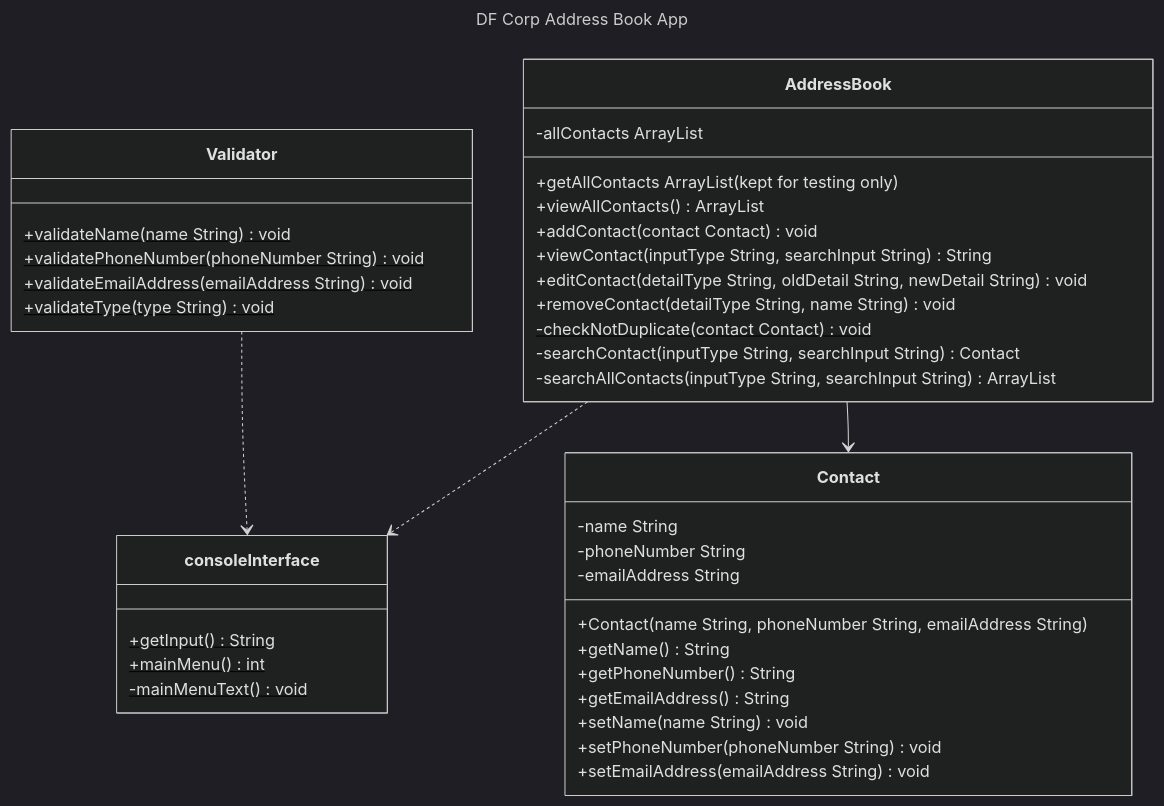
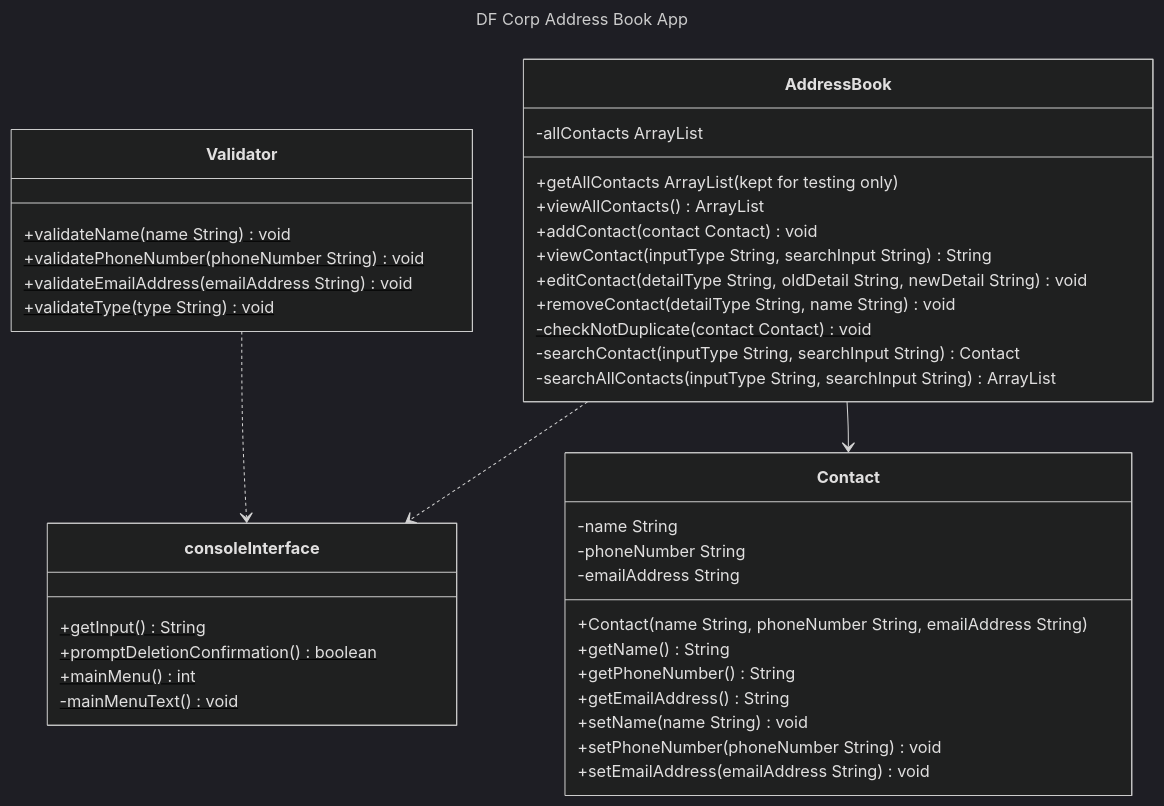
Before and after one commit to kristy-lam/df-challenge-3-address-book: the diagram in docs/class-diagrams-test-plan.md, drawn with Mermaid (dark theme). The commit also changed other lines of this file and 11 other files, not shown here.

````diff
--- a/docs/class-diagrams-test-plan.md
+++ b/docs/class-diagrams-test-plan.md
@@ -11,47 +11,48 @@
 ```mermaid
 ---
 title: DF Corp Address Book App
 ---
 classDiagram
         
     class Contact {
         -name String
         -phoneNumber String
         -emailAddress String
         +Contact(name String, phoneNumber String, emailAddress String)
         +getName() String
         +getPhoneNumber() String
         +getEmailAddress() String
         +setName(name String) void
         +setPhoneNumber(phoneNumber String) void
         +setEmailAddress(emailAddress String) void
     }
     class Validator {
         +validateName(name String) void$
         +validatePhoneNumber(phoneNumber String) void$
         +validateEmailAddress(emailAddress String) void$
         +validateType(type String) void$    }
     
     class AddressBook {   
         -allContacts ArrayList
         +getAllContacts ArrayList<Contact> (kept for testing only)
         +viewAllContacts() ArrayList<Contact>
         +addContact(contact Contact) void   
         +viewContact(inputType String, searchInput String) String
         +editContact(detailType String, oldDetail String, newDetail String) void
         +removeContact(detailType String, name String) void
         -checkNotDuplicate(contact Contact) void$
         -searchContact(inputType String, searchInput String) Contact
         -searchAllContacts(inputType String, searchInput String) ArrayList<Contact>
     }    
     class consoleInterface {
         +getInput() String$
+        +promptDeletionConfirmation() boolean$
         +mainMenu() int$        
         -mainMenuText() void$
     }
 
     AddressBook --> Contact
     Validator ..> consoleInterface
     AddressBook ..> consoleInterface
 
 ```
````
